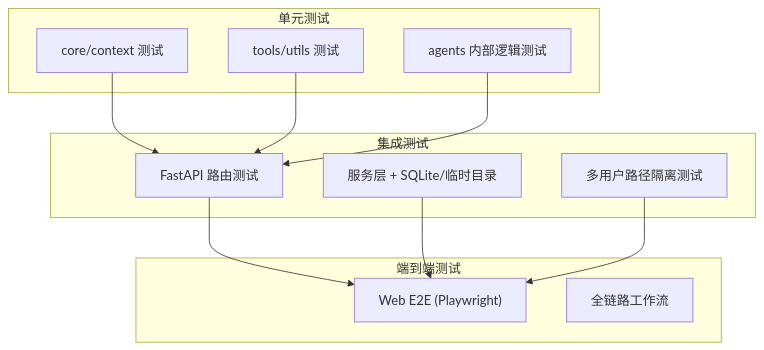
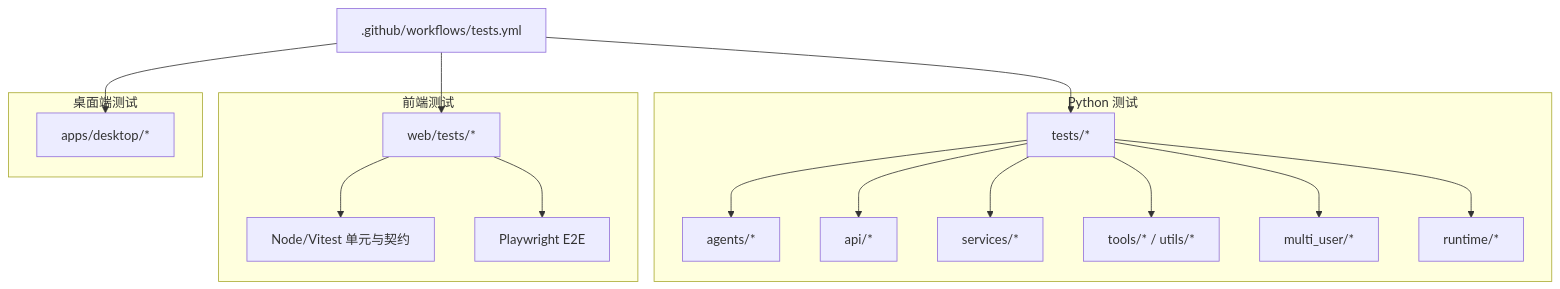
The first of 6 diagrams in .qoder/repowiki/zh/content/测试策略/测试策略.md (gongzili456/DeepTutor), drawn with Mermaid before and after one commit. The commit also changed other lines of this file and 1242 other files, not shown here.

````diff
--- a/.qoder/repowiki/zh/content/测试策略/测试策略.md
+++ b/.qoder/repowiki/zh/content/测试策略/测试策略.md
@@ -73,23 +36,21 @@
 ```mermaid
 graph TB
-subgraph "单元测试"
-U1["core/context 测试"]
-U2["tools/utils 测试"]
-U3["agents 内部逻辑测试"]
+subgraph "Python 测试"
+T["tests/*"] --> TA["agents/*"]
+T --> TI["api/*"]
+T --> TS["services/*"]
+T --> TU["tools/* / utils/*"]
+T --> TMU["multi_user/*"]
+T --> TR["runtime/*"]
 end
-subgraph "集成测试"
-I1["FastAPI 路由测试"]
-I2["服务层 + SQLite/临时目录"]
-I3["多用户路径隔离测试"]
+subgraph "前端测试"
+WT["web/tests/*"] --> WU["Node/Vitest 单元与契约"]
+WT --> WE["Playwright E2E"]
 end
-subgraph "端到端测试"
-E1["Web E2E (Playwright)"]
-E2["全链路工作流"]
+subgraph "桌面端测试"
+DTA["apps/desktop/*"]
 end
-U1 --> I1
-U2 --> I1
-U3 --> I1
-I1 --> E1
-I2 --> E1
-I3 --> E1
+CI[".github/workflows/tests.yml"] --> T
+CI --> WT
+CI --> DTA
 ```
````
